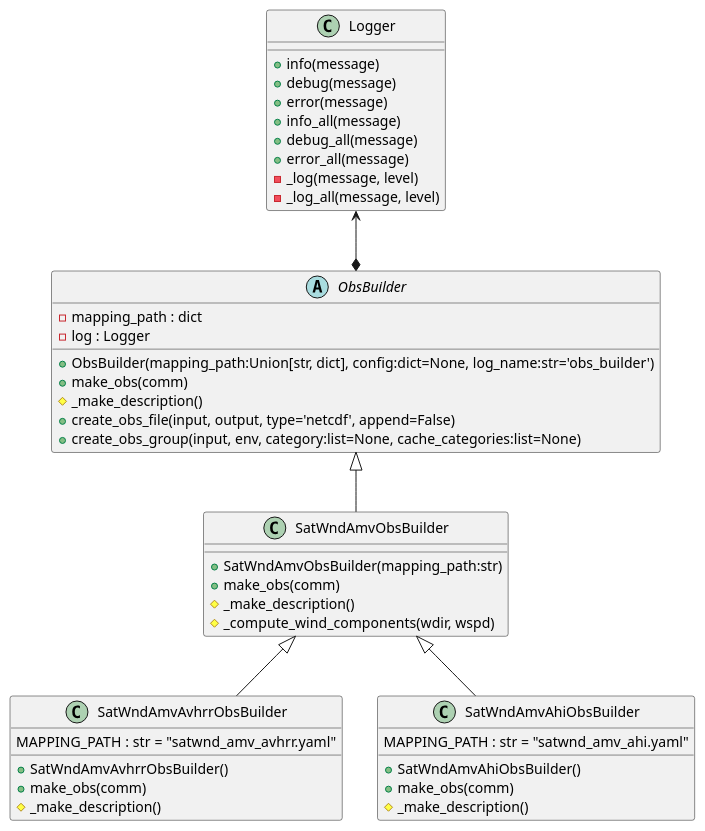
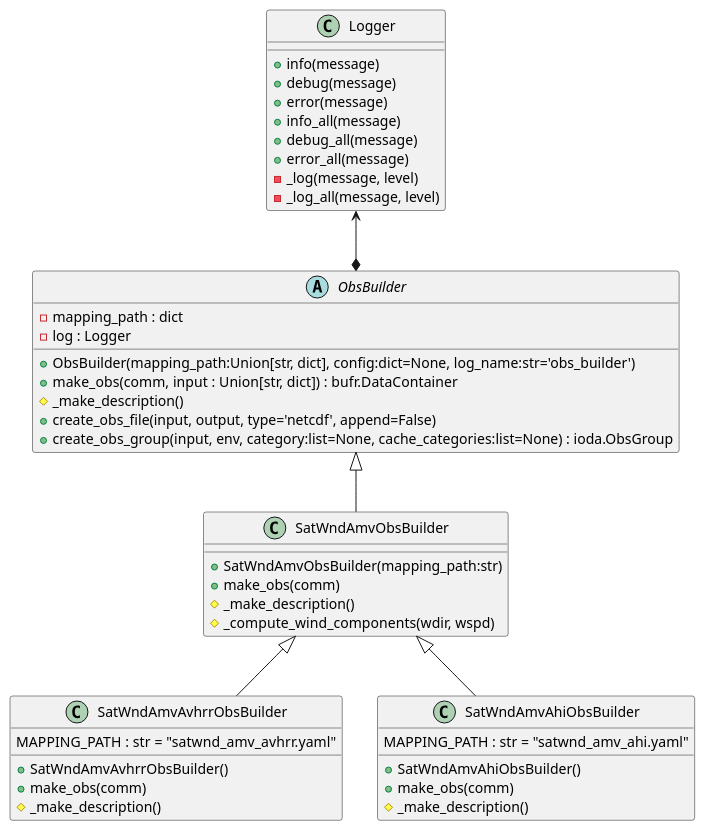
One commit to NOAA-EMC/bufr-query changed the diagram in docs/uml/BUFR_ObsBuilder.puml. Above: the diagram before and after it, drawn with PlantUML.

```diff
--- a/docs/uml/BUFR_ObsBuilder.puml
+++ b/docs/uml/BUFR_ObsBuilder.puml
@@ -1,59 +1,59 @@
 @startuml
 'skinparam dpi 300
 'scale 1024 width
 
 class Logger
 {
   + info(message)
   + debug(message)
   + error(message)
   + info_all(message)
   + debug_all(message)
   + error_all(message)
   - _log(message, level)
   - _log_all(message, level)
 }
 
 abstract class ObsBuilder
 {
   - mapping_path : dict
   - log : Logger
 
   + ObsBuilder(mapping_path:Union[str, dict], config:dict=None, log_name:str='obs_builder')
-  + make_obs(comm)
+  + make_obs(comm, input : Union[str, dict]) : bufr.DataContainer
   # _make_description()
   + create_obs_file(input, output, type='netcdf', append=False)
-  + create_obs_group(input, env, category:list=None, cache_categories:list=None)
+  + create_obs_group(input, env, category:list=None, cache_categories:list=None) : ioda.ObsGroup
 }
 
 class SatWndAmvObsBuilder
 {
   + SatWndAmvObsBuilder(mapping_path:str)
   + make_obs(comm)
   # _make_description()
   # _compute_wind_components(wdir, wspd)
 }
 
 class SatWndAmvAvhrrObsBuilder
 {
   MAPPING_PATH : str = "satwnd_amv_avhrr.yaml"
   + SatWndAmvAvhrrObsBuilder()
   + make_obs(comm)
   # _make_description()
 }
 
 class SatWndAmvAhiObsBuilder
 {
    MAPPING_PATH : str = "satwnd_amv_ahi.yaml"
   + SatWndAmvAhiObsBuilder()
   + make_obs(comm)
   # _make_description()
 }
 
 Logger <--* ObsBuilder
 ObsBuilder <|-- SatWndAmvObsBuilder
 SatWndAmvObsBuilder <|-- SatWndAmvAvhrrObsBuilder
 SatWndAmvObsBuilder <|-- SatWndAmvAhiObsBuilder
 
 
 @enduml
```
